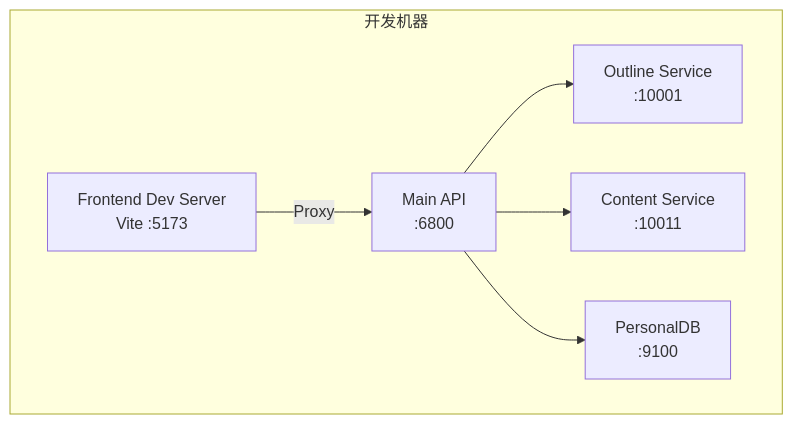
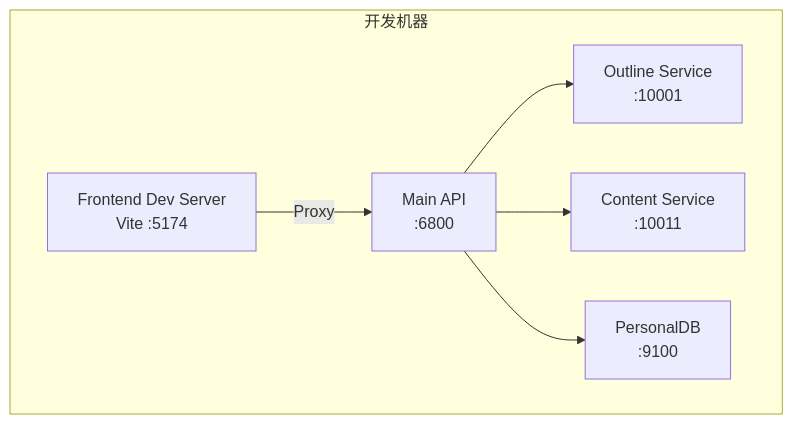
Diagram 17 of 18 in doc/architecture/PROJECT_ARCHITECTURE.md (rbetree/TeachDo), drawn with Mermaid before and after one commit. The commit also changed other lines of this file and 29 other files, not shown here.

````diff
--- a/doc/architecture/PROJECT_ARCHITECTURE.md
+++ b/doc/architecture/PROJECT_ARCHITECTURE.md
@@ -2102,15 +2102,15 @@
 ```mermaid
 graph TB
     subgraph "开发机器"
-        A[Frontend Dev Server<br/>Vite :5173]
+        A[Frontend Dev Server<br/>Vite :5174]
         B[Main API<br/>:6800]
         C[Outline Service<br/>:10001]
         D[Content Service<br/>:10011]
         E[PersonalDB<br/>:9100]
     end
 
     A -->|Proxy| B
     B --> C
     B --> D
     B --> E
 ```
````
